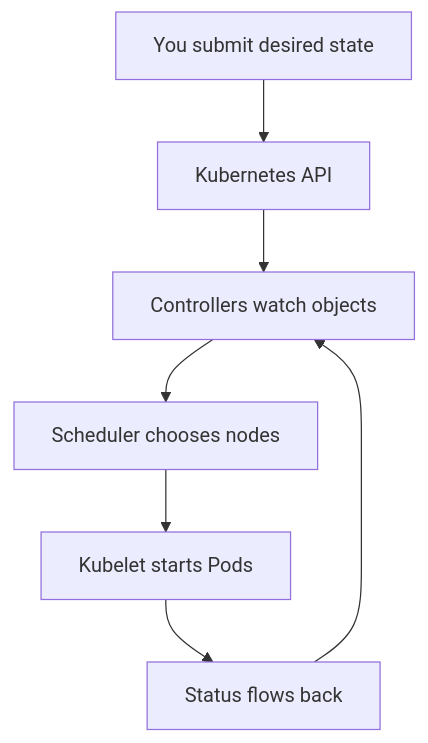
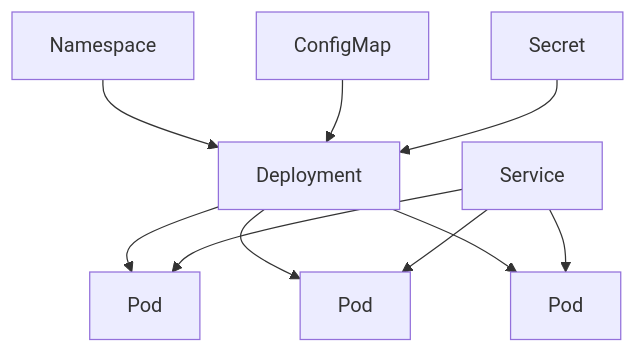
The third of 3 diagrams in containers-orchestration/kubernetes/fundamentals/why-kubernetes-exists.md (senlinyy/dev-roadmaps), drawn with Mermaid before and after one commit. The commit also changed other lines of this file and 418 other files, not shown here.

````diff
--- a/containers-orchestration/kubernetes/fundamentals/why-kubernetes-exists.md
+++ b/containers-orchestration/kubernetes/fundamentals/why-kubernetes-exists.md
@@ -66,9 +216,12 @@
 ```mermaid
 flowchart TD
-    A["You submit desired state"] --> B["Kubernetes API"]
-    B --> C["Controllers watch objects"]
-    C --> D["Scheduler chooses nodes"]
-    D --> E["Kubelet starts Pods"]
-    E --> F["Status flows back"]
-    F --> C
+    A["Namespace"] --> B["Deployment"]
+    B --> C["Pod"]
+    B --> D["Pod"]
+    B --> E["Pod"]
+    F["Service"] --> C
+    F --> D
+    F --> E
+    G["ConfigMap"] --> B
+    H["Secret"] --> B
 ```
````
